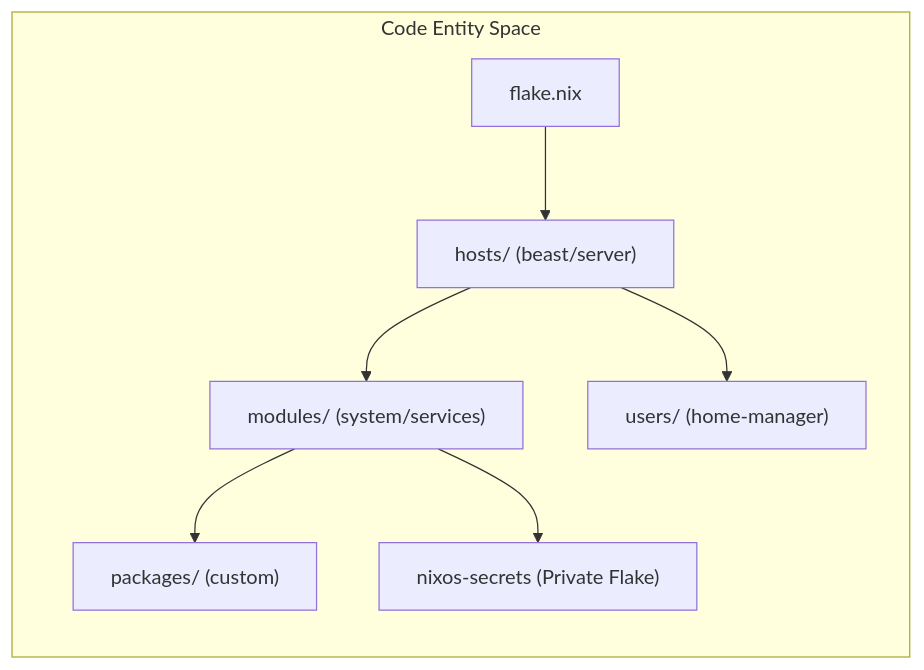
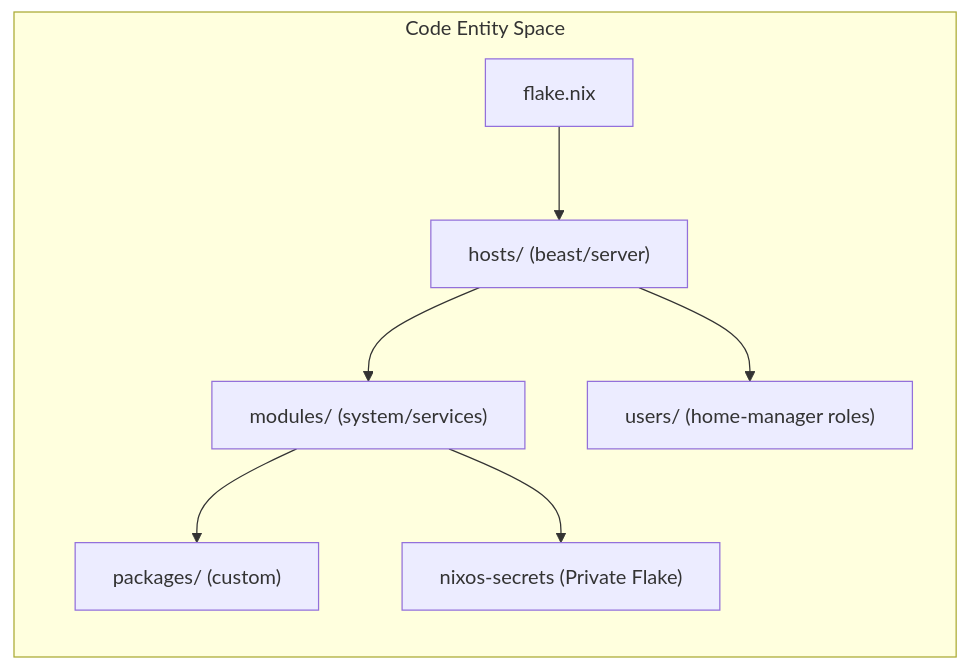
The first of 2 diagrams in docs/Repository-Structure-and-Conventions.md (Cody-W-Tucker/nix-config), drawn with Mermaid before and after one commit. The commit also changed other lines of this file and 5 other files, not shown here.

````diff
--- a/docs/Repository-Structure-and-Conventions.md
+++ b/docs/Repository-Structure-and-Conventions.md
@@ -24,16 +24,16 @@
 ```mermaid
 flowchart LR
     subgraph subGraph0 ["Code Entity Space"]
         FLAKE["flake.nix"]
         HOSTS["hosts/ (beast/server)"]
         MODS["modules/ (system/services)"]
-        USERS["users/ (home-manager)"]
+    USERS["users/ (home-manager roles)"]
         PKGS["packages/ (custom)"]
         SECRETS["nixos-secrets (Private Flake)"]
     end
     FLAKE --> HOSTS
     HOSTS --> MODS
     HOSTS --> USERS
     MODS --> PKGS
     MODS --> SECRETS
 ```
````
